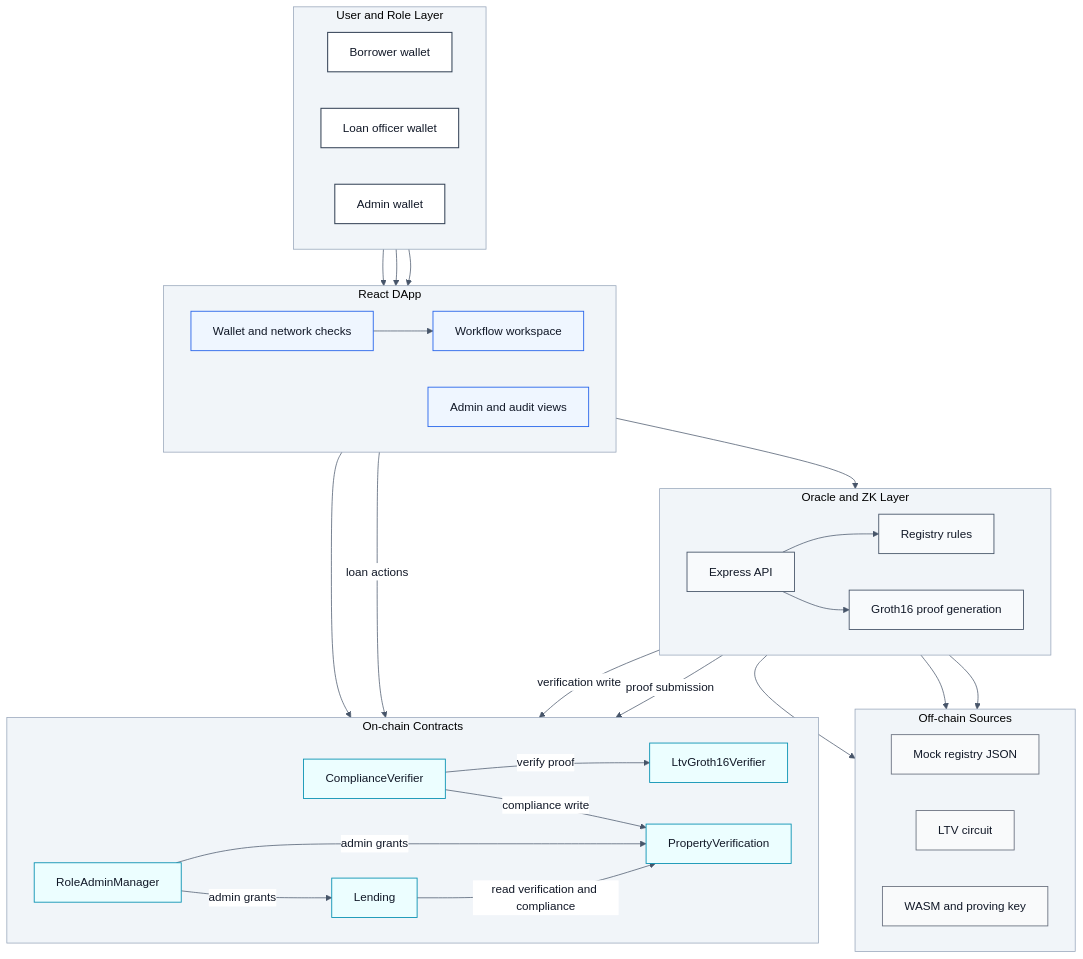
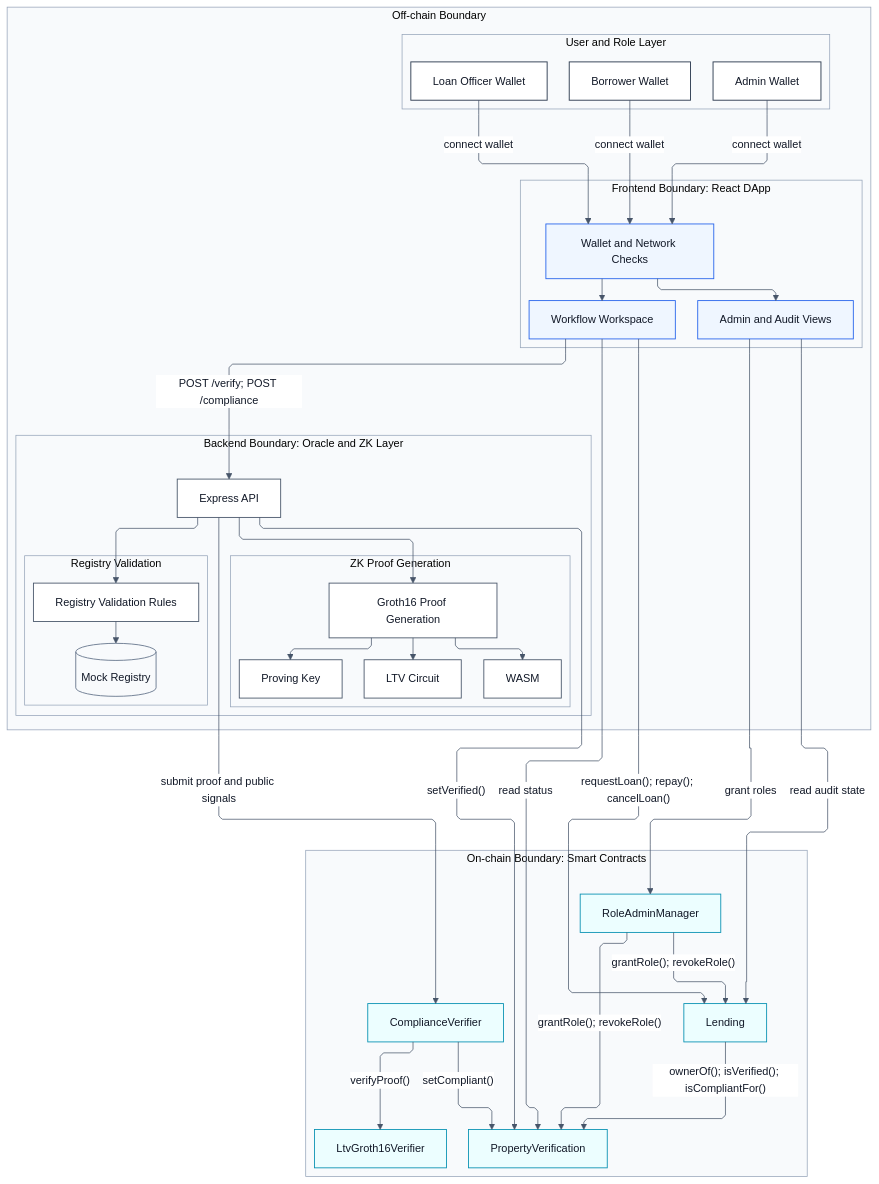
One commit to Alan42x/proofestate changed the diagram in docs/figures/01-system-architecture.mmd. Above: the diagram before and after it, drawn with Mermaid. The commit also changed 15 other files, not shown here.

```diff
--- a/docs/figures/01-system-architecture.mmd
+++ b/docs/figures/01-system-architecture.mmd
@@ -1,69 +1,83 @@
-%%{init: {"theme": "base", "themeVariables": {"fontFamily": "Arial", "fontSize": "16px", "primaryColor": "#f8fafc", "primaryTextColor": "#111827", "primaryBorderColor": "#64748b", "lineColor": "#475569", "clusterBkg": "#f1f5f9", "clusterBorder": "#94a3b8", "edgeLabelBackground": "#ffffff"}}}%%
+%%{init: {"theme": "base", "flowchart": {"defaultRenderer": "elk", "curve": "linear", "nodeSpacing": 54, "rankSpacing": 76, "wrappingWidth": 170, "diagramPadding": 18}, "elk": {"mergeEdges": false, "nodePlacementStrategy": "NETWORK_SIMPLEX", "nodePlacementAlignment": "BALANCED"}, "themeVariables": {"fontFamily": "Arial", "fontSize": "15px", "primaryColor": "#ffffff", "primaryTextColor": "#111827", "primaryBorderColor": "#64748b", "lineColor": "#475569", "clusterBkg": "#f8fafc", "clusterBorder": "#94a3b8", "edgeLabelBackground": "#ffffff"}}}%%
 flowchart TB
-  subgraph Users["User and Role Layer"]
-    direction LR
-    Borrower["Borrower wallet"]
-    Officer["Loan officer wallet"]
-    Admin["Admin wallet"]
+  subgraph OffChain["Off-chain Boundary"]
+    direction TB
+
+    subgraph Users["User and Role Layer"]
+      direction LR
+      Borrower["Borrower Wallet"]
+      Officer["Loan Officer Wallet"]
+      Admin["Admin Wallet"]
+    end
+
+    subgraph DApp["Frontend Boundary: React DApp"]
+      direction TB
+      WalletGate["Wallet and Network Checks"]
+      Workspace["Workflow Workspace"]
+      AdminViews["Admin and Audit Views"]
+    end
+
+    subgraph OracleZK["Backend Boundary: Oracle and ZK Layer"]
+      direction TB
+      API["Express API"]
+      subgraph RegistryPath["Registry Validation"]
+        direction TB
+        RegistryRules["Registry Validation Rules"]
+        MockRegistry[("Mock Registry")]
+      end
+      subgraph ProofPath["ZK Proof Generation"]
+        direction TB
+        Prover["Groth16 Proof Generation"]
+        Circuit["LTV Circuit"]
+        Wasm["WASM"]
+        ProvingKey["Proving Key"]
+      end
+    end
   end
 
-  subgraph DApp["React DApp"]
-    direction LR
-    WalletGate["Wallet and network checks"]
-    Workspace["Workflow workspace"]
-    AdminViews["Admin and audit views"]
+  subgraph OnChain["On-chain Boundary: Smart Contracts"]
+    direction TB
+    RoleAdminManager["RoleAdminManager"]
+    Lending["Lending"]
+    PropertyVerification["PropertyVerification"]
+    ComplianceVerifier["ComplianceVerifier"]
+    LtvGroth16Verifier["LtvGroth16Verifier"]
   end
 
-  subgraph OracleLayer["Oracle and ZK Layer"]
-    direction LR
-    API["Express API"]
-    RegistryRules["Registry rules"]
-    Prover["Groth16 proof generation"]
-  end
+  Borrower -->|connect wallet| WalletGate
+  Officer -->|connect wallet| WalletGate
+  Admin -->|connect wallet| WalletGate
+  WalletGate --> Workspace
+  WalletGate --> AdminViews
 
-  subgraph Sources["Off-chain Sources"]
-    direction LR
-    Dataset["Mock registry JSON"]
-    Circuit["LTV circuit"]
-    Artifacts["WASM and proving key"]
-  end
+  Workspace -->|"POST /verify; POST /compliance"| API
+  Workspace -->|"requestLoan(); repay(); cancelLoan()"| Lending
+  Workspace -->|read status| PropertyVerification
+  AdminViews -->|read audit state| Lending
+  AdminViews -->|grant roles| RoleAdminManager
 
-  subgraph Chain["On-chain Contracts"]
-    direction LR
-    PV["PropertyVerification"]
-    CV["ComplianceVerifier"]
-    GV["LtvGroth16Verifier"]
-    Lending["Lending"]
-    RAM["RoleAdminManager"]
-  end
-
-  Borrower --> WalletGate
-  Officer --> WalletGate
-  Admin --> AdminViews
-  WalletGate --> Workspace
-  Workspace --> API
-  AdminViews --> RAM
   API --> RegistryRules
-  RegistryRules --> Dataset
+  RegistryRules --> MockRegistry
   API --> Prover
   Prover --> Circuit
-  Prover --> Artifacts
-  API -->|verification write| PV
-  API -->|proof submission| CV
-  CV -->|verify proof| GV
-  CV -->|compliance write| PV
-  Workspace -->|loan actions| Lending
-  Lending -->|read verification and compliance| PV
-  RAM -->|admin grants| PV
-  RAM -->|admin grants| Lending
+  Prover --> Wasm
+  Prover --> ProvingKey
 
-  classDef actor fill:#ffffff,stroke:#334155,stroke-width:1.4px,color:#111827;
+  API -->|"setVerified()"| PropertyVerification
+  API -->|submit proof and public signals| ComplianceVerifier
+  ComplianceVerifier -->|"verifyProof()"| LtvGroth16Verifier
+  ComplianceVerifier -->|"setCompliant()"| PropertyVerification
+  Lending -->|"ownerOf(); isVerified(); isCompliantFor()"| PropertyVerification
+  RoleAdminManager -->|"grantRole(); revokeRole()"| PropertyVerification
+  RoleAdminManager -->|"grantRole(); revokeRole()"| Lending
+
+  classDef actor fill:#ffffff,stroke:#334155,stroke-width:1.3px,color:#111827;
   classDef app fill:#eff6ff,stroke:#2563eb,stroke-width:1.2px,color:#111827;
-  classDef oracle fill:#f8fafc,stroke:#475569,stroke-width:1.2px,color:#111827;
-  classDef source fill:#f9fafb,stroke:#6b7280,stroke-width:1.2px,color:#111827;
+  classDef service fill:#ffffff,stroke:#475569,stroke-width:1.2px,color:#111827;
+  classDef data fill:#f8fafc,stroke:#64748b,stroke-width:1.2px,color:#111827;
   classDef contract fill:#ecfeff,stroke:#0891b2,stroke-width:1.2px,color:#111827;
   class Borrower,Officer,Admin actor;
   class WalletGate,Workspace,AdminViews app;
-  class API,RegistryRules,Prover oracle;
-  class Dataset,Circuit,Artifacts source;
-  class PV,CV,GV,Lending,RAM contract;
+  class API,RegistryRules,Prover,Circuit,Wasm,ProvingKey service;
+  class MockRegistry data;
+  class RoleAdminManager,Lending,PropertyVerification,ComplianceVerifier,LtvGroth16Verifier contract;
```
